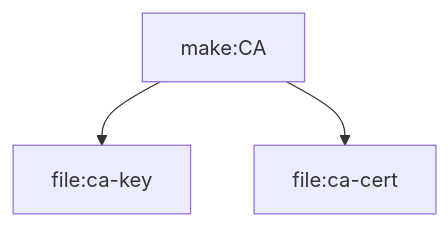
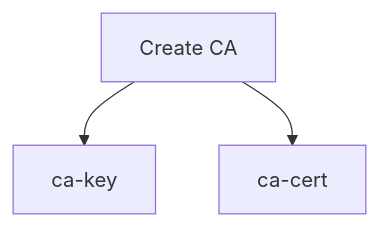
Before and after one commit to decodableco/examples: the first of 6 diagrams in mtls/README.md, drawn with Mermaid. The commit also changed other lines of this file, not shown here.

````diff
--- a/mtls/README.md
+++ b/mtls/README.md
@@ -9,7 +9,7 @@
 ```mermaid
 flowchart TD;
 
-    make:CA:::make-->file:ca-key:::file
-    make:CA-->file:ca-cert:::file
+    ca[Create CA]-->ca-key
+    ca-->ca-cert
 
 ```
````
